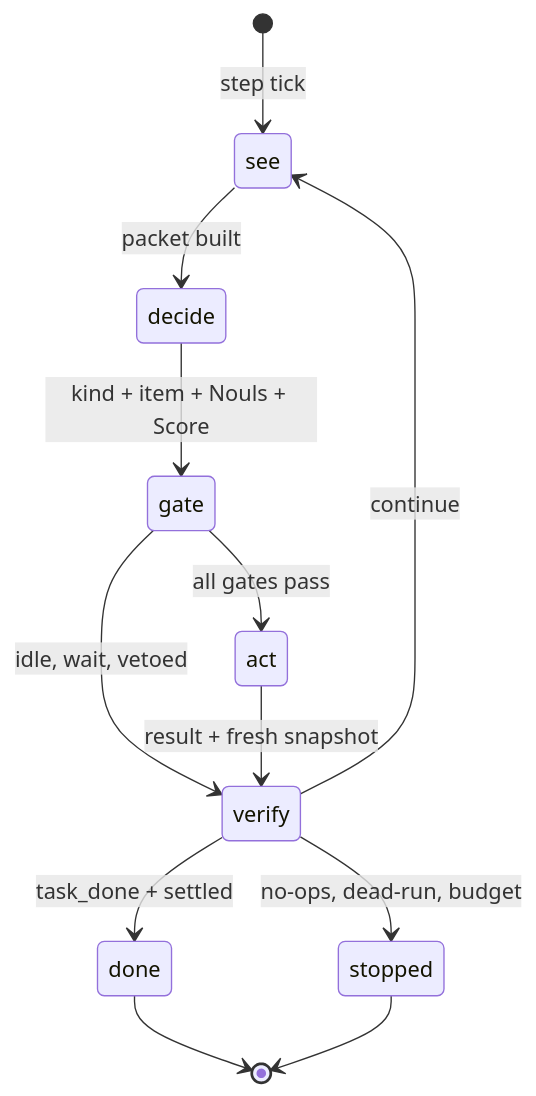
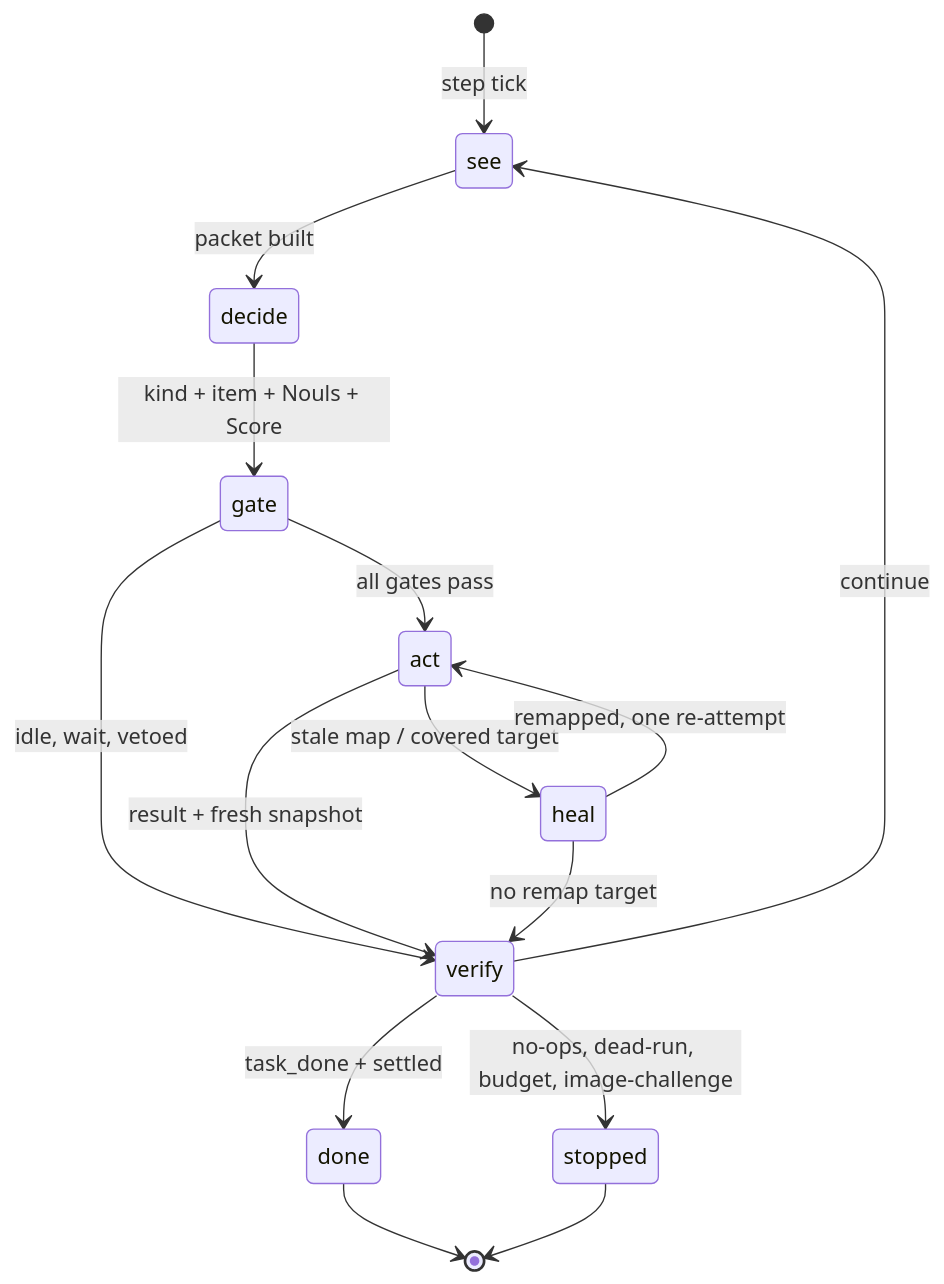
One commit to PRACE1/open-typesafe-camoufox changed the second of 2 diagrams in README.md. Above: the diagram before and after it, drawn with Mermaid. The commit also changed other lines of this file and 16 other files, not shown here.

First line of the commit message:
Self-healing loop: engine-driven phases, heal retries, challenge kind, overlay dismiss

````diff
--- a/README.md
+++ b/README.md
@@ -133,14 +142,17 @@
 ```mermaid
 stateDiagram-v2
     [*] --> see: step tick
     see --> decide: packet built
     decide --> gate: kind + item + Nouls + Score
     gate --> act: all gates pass
     gate --> verify: idle, wait, vetoed
     act --> verify: result + fresh snapshot
+    act --> heal: stale map / covered target
+    heal --> act: remapped, one re-attempt
+    heal --> verify: no remap target
     verify --> see: continue
     verify --> done: task_done + settled
-    verify --> stopped: no-ops, dead-run, budget
+    verify --> stopped: no-ops, dead-run, budget, image-challenge
     done --> [*]
     stopped --> [*]
 ```
````
